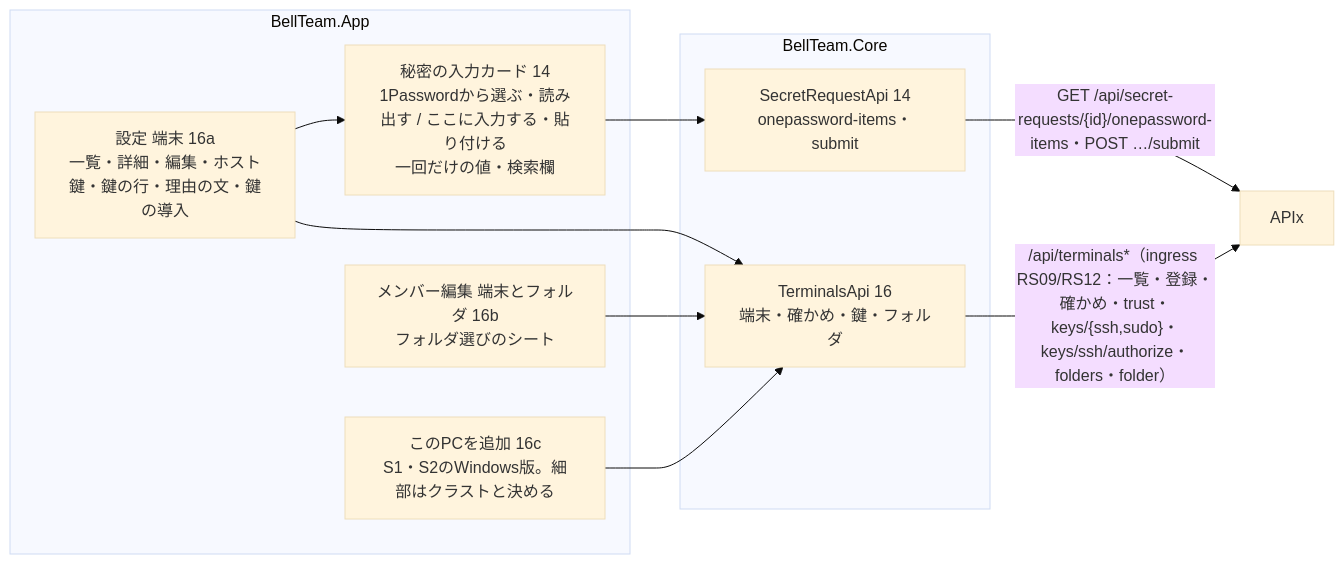
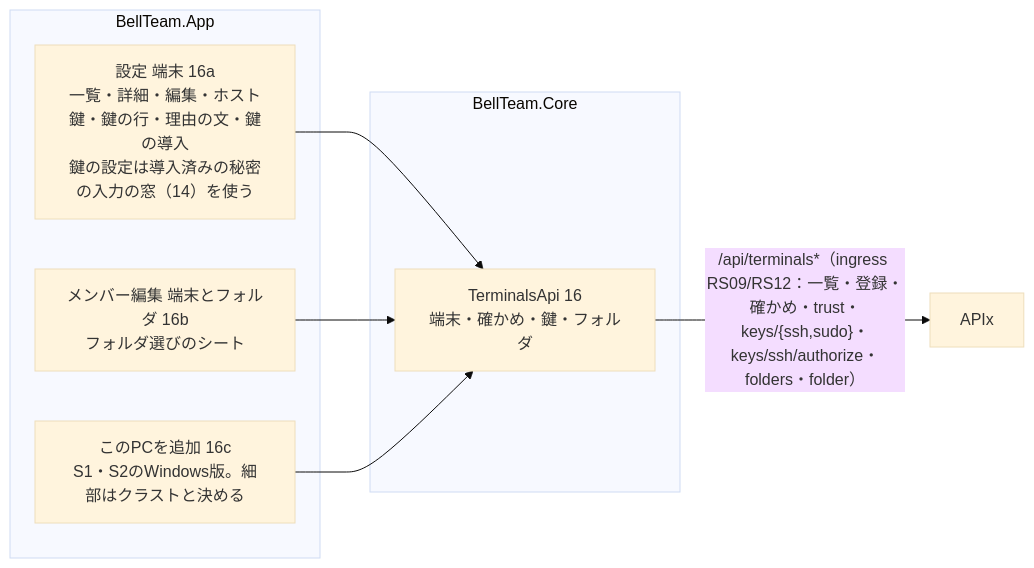
One commit to kitepon/BellTeam changed the fifth of 6 diagrams in docs/windows-architecture.md. Above: the diagram before and after it, drawn with Mermaid (base theme). The commit also changed other lines of this file and 20 other files, not shown here.

````diff
--- a/docs/windows-architecture.md
+++ b/docs/windows-architecture.md
@@ -136,20 +143,15 @@
 ```mermaid
 flowchart LR
   subgraph AppNew[BellTeam.App]
-    N2[秘密の入力カード 14<br/>1Passwordから選ぶ・読み出す / ここに入力する・貼り付ける<br/>一回だけの値・検索欄]
-    N4[設定 端末 16a<br/>一覧・詳細・編集・ホスト鍵・鍵の行・理由の文・鍵の導入]
+    N4[設定 端末 16a<br/>一覧・詳細・編集・ホスト鍵・鍵の行・理由の文・鍵の導入<br/>鍵の設定は導入済みの秘密の入力の窓（14）を使う]
     N5[メンバー編集 端末とフォルダ 16b<br/>フォルダ選びのシート]
     N6[このPCを追加 16c<br/>S1・S2のWindows版。細部はクラストと決める]
   end
   subgraph CoreNew[BellTeam.Core]
-    W2[SecretRequestApi 14<br/>onepassword-items・submit]
     W3[TerminalsApi 16<br/>端末・確かめ・鍵・フォルダ]
   end
-  N2 --> W2
   N4 --> W3
-  N4 --> N2
   N5 --> W3
   N6 --> W3
-  W2 -->|"GET /api/secret-requests/{id}/onepassword-items・POST …/submit"| APIx
   W3 -->|"/api/terminals*（ingress RS09/RS12：一覧・登録・確かめ・trust・keys/{ssh,sudo}・keys/ssh/authorize・folders・folder）"| APIx
 ```
````
